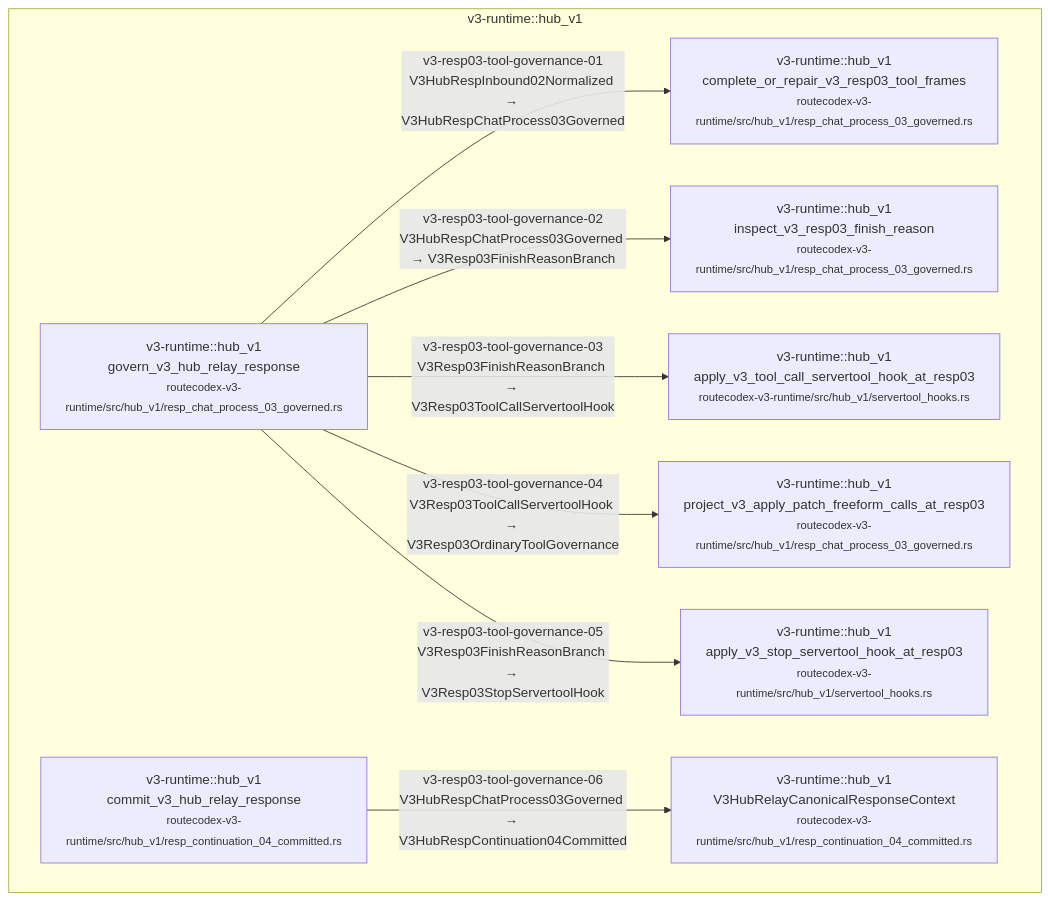
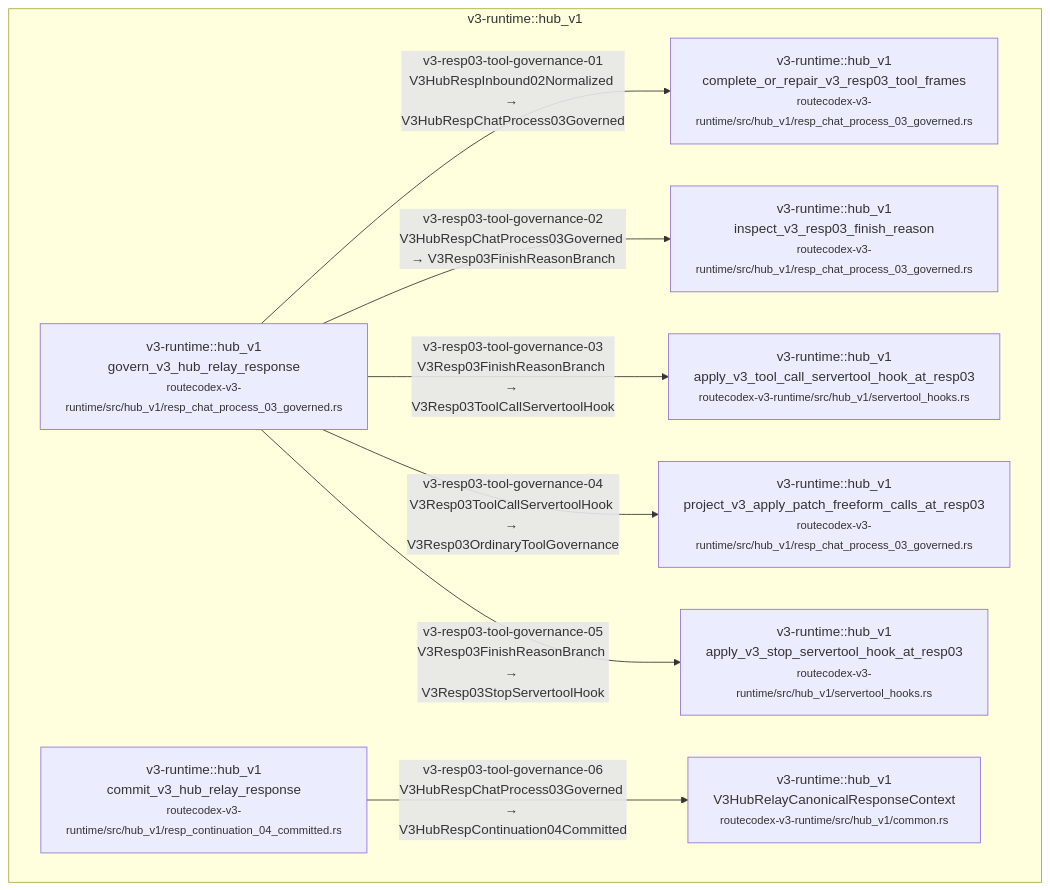
One commit to Jasonzhangf/routecodex changed diagram 34 of 37 in docs/architecture/wiki/v3-mainline-caller-flow.md. Above: the diagram before and after it, drawn with Mermaid. The commit also changed other lines of this file and 9 other files, not shown here.

````diff
--- a/docs/architecture/wiki/v3-mainline-caller-flow.md
+++ b/docs/architecture/wiki/v3-mainline-caller-flow.md
@@ -1391,19 +1393,19 @@
 ```mermaid
 flowchart TD
   subgraph c_32_v3_resp03_tool_governance_gap_closeout_m_v3_runtime__hub_v1["v3-runtime::hub_v1"]
     c_32_v3_resp03_tool_governance_gap_closeout_0["v3-runtime::hub_v1<br/>govern_v3_hub_relay_response<br/><small>routecodex-v3-runtime/src/hub_v1/resp_chat_process_03_governed.rs</small>"]
     c_32_v3_resp03_tool_governance_gap_closeout_1["v3-runtime::hub_v1<br/>complete_or_repair_v3_resp03_tool_frames<br/><small>routecodex-v3-runtime/src/hub_v1/resp_chat_process_03_governed.rs</small>"]
     c_32_v3_resp03_tool_governance_gap_closeout_2["v3-runtime::hub_v1<br/>inspect_v3_resp03_finish_reason<br/><small>routecodex-v3-runtime/src/hub_v1/resp_chat_process_03_governed.rs</small>"]
     c_32_v3_resp03_tool_governance_gap_closeout_3["v3-runtime::hub_v1<br/>apply_v3_tool_call_servertool_hook_at_resp03<br/><small>routecodex-v3-runtime/src/hub_v1/servertool_hooks.rs</small>"]
     c_32_v3_resp03_tool_governance_gap_closeout_4["v3-runtime::hub_v1<br/>project_v3_apply_patch_freeform_calls_at_resp03<br/><small>routecodex-v3-runtime/src/hub_v1/resp_chat_process_03_governed.rs</small>"]
     c_32_v3_resp03_tool_governance_gap_closeout_5["v3-runtime::hub_v1<br/>apply_v3_stop_servertool_hook_at_resp03<br/><small>routecodex-v3-runtime/src/hub_v1/servertool_hooks.rs</small>"]
     c_32_v3_resp03_tool_governance_gap_closeout_6["v3-runtime::hub_v1<br/>commit_v3_hub_relay_response<br/><small>routecodex-v3-runtime/src/hub_v1/resp_continuation_04_committed.rs</small>"]
-    c_32_v3_resp03_tool_governance_gap_closeout_7["v3-runtime::hub_v1<br/>V3HubRelayCanonicalResponseContext<br/><small>routecodex-v3-runtime/src/hub_v1/resp_continuation_04_committed.rs</small>"]
+    c_32_v3_resp03_tool_governance_gap_closeout_7["v3-runtime::hub_v1<br/>V3HubRelayCanonicalResponseContext<br/><small>routecodex-v3-runtime/src/hub_v1/common.rs</small>"]
   end
   c_32_v3_resp03_tool_governance_gap_closeout_0 -->|v3-resp03-tool-governance-01<br/>V3HubRespInbound02Normalized → V3HubRespChatProcess03Governed| c_32_v3_resp03_tool_governance_gap_closeout_1
   c_32_v3_resp03_tool_governance_gap_closeout_0 -->|v3-resp03-tool-governance-02<br/>V3HubRespChatProcess03Governed → V3Resp03FinishReasonBranch| c_32_v3_resp03_tool_governance_gap_closeout_2
   c_32_v3_resp03_tool_governance_gap_closeout_0 -->|v3-resp03-tool-governance-03<br/>V3Resp03FinishReasonBranch → V3Resp03ToolCallServertoolHook| c_32_v3_resp03_tool_governance_gap_closeout_3
   c_32_v3_resp03_tool_governance_gap_closeout_0 -->|v3-resp03-tool-governance-04<br/>V3Resp03ToolCallServertoolHook → V3Resp03OrdinaryToolGovernance| c_32_v3_resp03_tool_governance_gap_closeout_4
   c_32_v3_resp03_tool_governance_gap_closeout_0 -->|v3-resp03-tool-governance-05<br/>V3Resp03FinishReasonBranch → V3Resp03StopServertoolHook| c_32_v3_resp03_tool_governance_gap_closeout_5
   c_32_v3_resp03_tool_governance_gap_closeout_6 -->|v3-resp03-tool-governance-06<br/>V3HubRespChatProcess03Governed → V3HubRespContinuation04Committed| c_32_v3_resp03_tool_governance_gap_closeout_7
 ```
````
